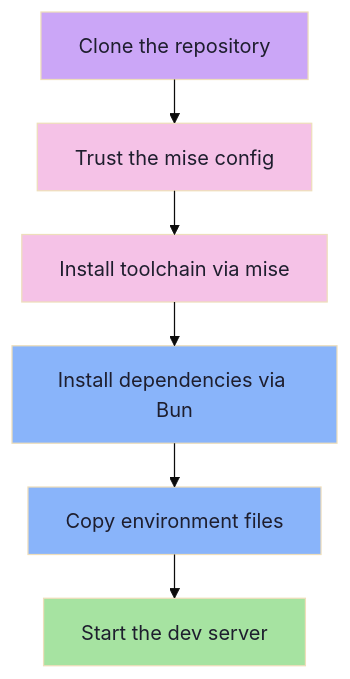
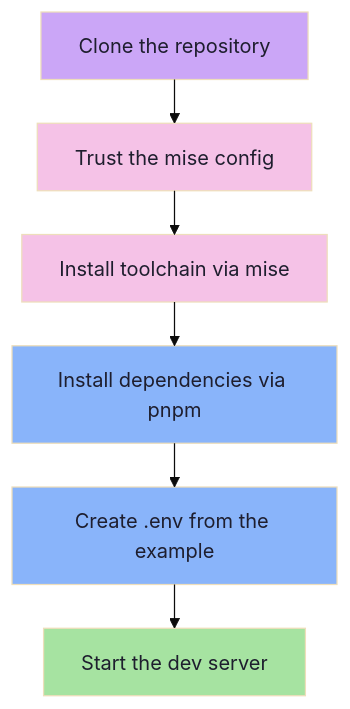
The second of 7 diagrams in GETTING-STARTED.md (tecapps/affirm), drawn with Mermaid (base theme) before and after one commit. The commit also changed other lines of this file and 27 other files, not shown here.

````diff
--- a/GETTING-STARTED.md
+++ b/GETTING-STARTED.md
@@ -98,19 +97,19 @@
 ```mermaid
 ---
 config:
   layout: elk
 ---
 flowchart TD
     A["Clone the repository"] --> B["Trust the mise config"]
     B --> C["Install toolchain via mise"]
-    C --> D["Install dependencies via Bun"]
-    D --> E["Copy environment files"]
+    C --> D["Install dependencies via pnpm"]
+    D --> E["Create .env from the example"]
     E --> F["Start the dev server"]
 
     style A fill:#cba6f7,color:#1e1e2e
     style B fill:#f5c2e7,color:#1e1e2e
     style C fill:#f5c2e7,color:#1e1e2e
     style D fill:#89b4fa,color:#1e1e2e
     style E fill:#89b4fa,color:#1e1e2e
     style F fill:#a6e3a1,color:#1e1e2e
 ```
````
